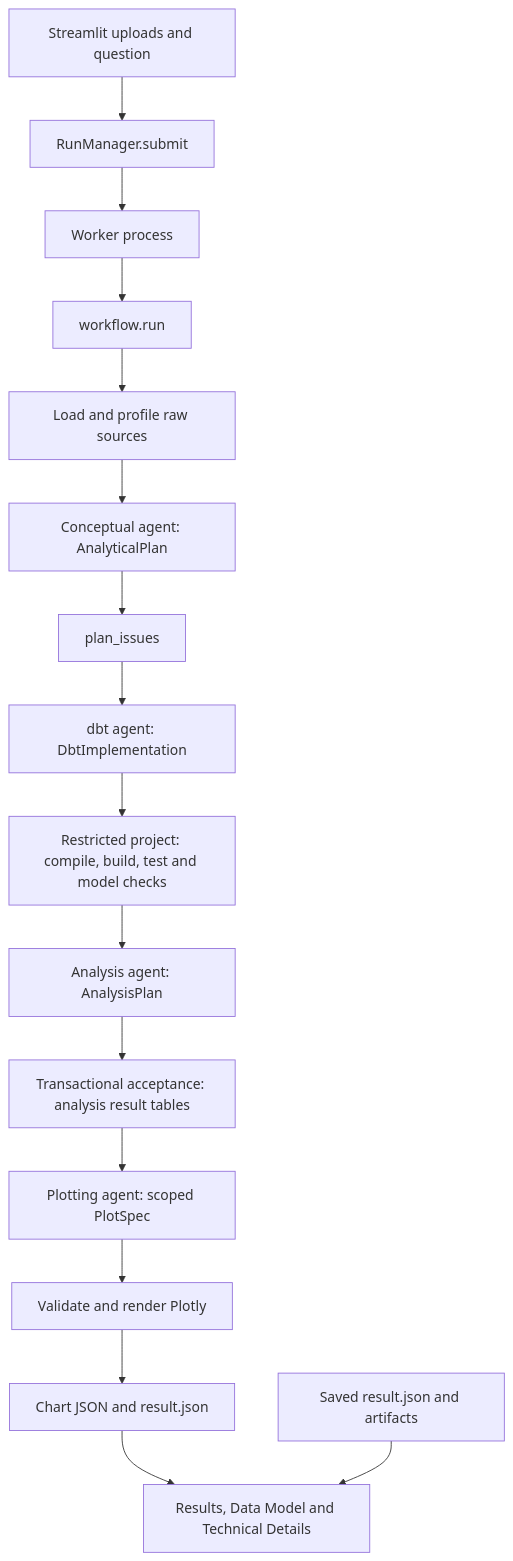
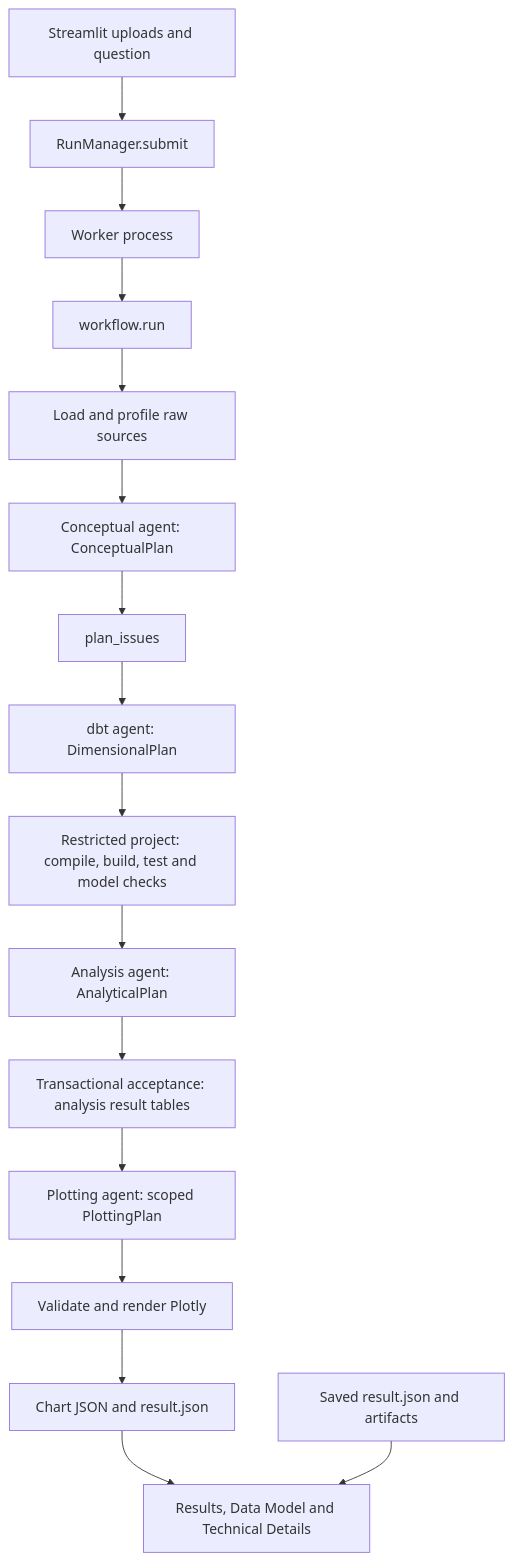
The diagram in application_flow.md (EngineSeer40/modellm), drawn with Mermaid before and after one commit. The commit also changed other lines of this file and 56 other files, not shown here.

````diff
--- a/application_flow.md
+++ b/application_flow.md
@@ -55,18 +55,18 @@
 ```mermaid
 flowchart TD
     UI[Streamlit uploads and question] --> RM[RunManager.submit]
     RM --> W[Worker process]
     W --> FLOW[workflow.run]
     FLOW --> RAW[Load and profile raw sources]
-    RAW --> CP[Conceptual agent: AnalyticalPlan]
+    RAW --> CP[Conceptual agent: ConceptualPlan]
     CP --> PV[plan_issues]
-    PV --> DBT[dbt agent: DbtImplementation]
+    PV --> DBT[dbt agent: DimensionalPlan]
     DBT --> BV[Restricted project: compile, build, test and model checks]
-    BV --> AN[Analysis agent: AnalysisPlan]
+    BV --> AN[Analysis agent: AnalyticalPlan]
     AN --> AC[Transactional acceptance: analysis result tables]
-    AC --> PL[Plotting agent: scoped PlotSpec]
+    AC --> PL[Plotting agent: scoped PlottingPlan]
     PL --> R[Validate and render Plotly]
     R --> ART[Chart JSON and result.json]
     ART --> V[Results, Data Model and Technical Details]
     SAVED[Saved result.json and artifacts] --> V
 ```
````
